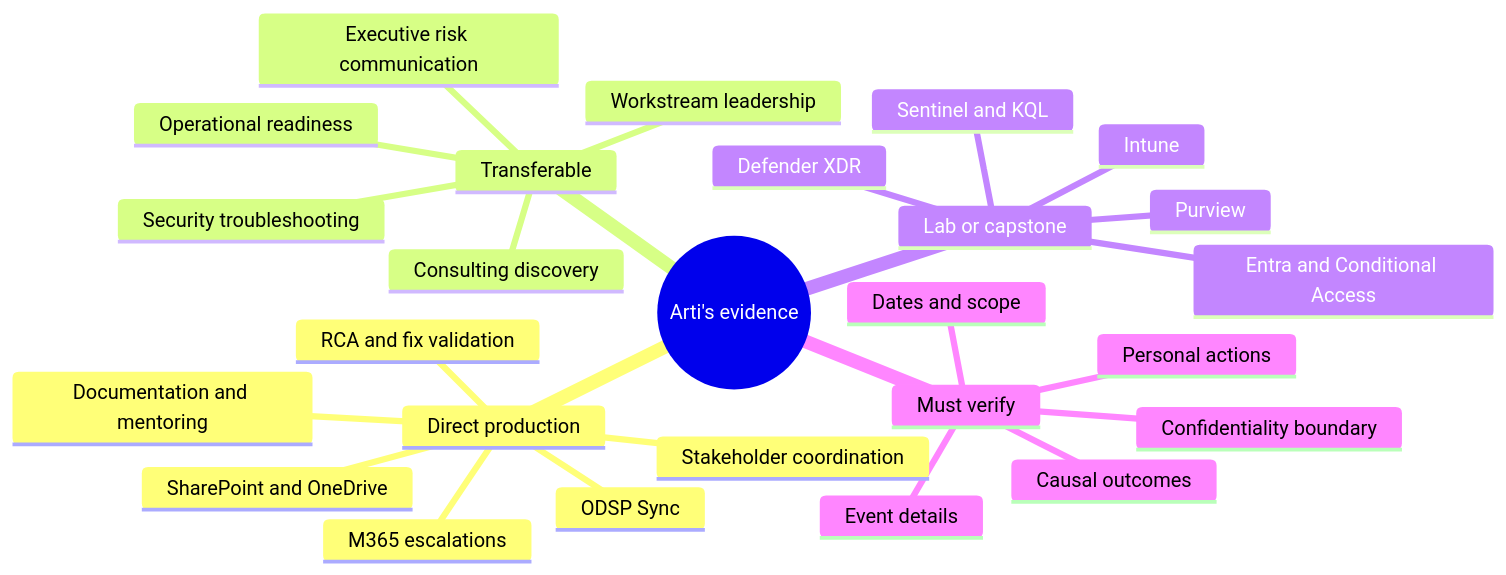
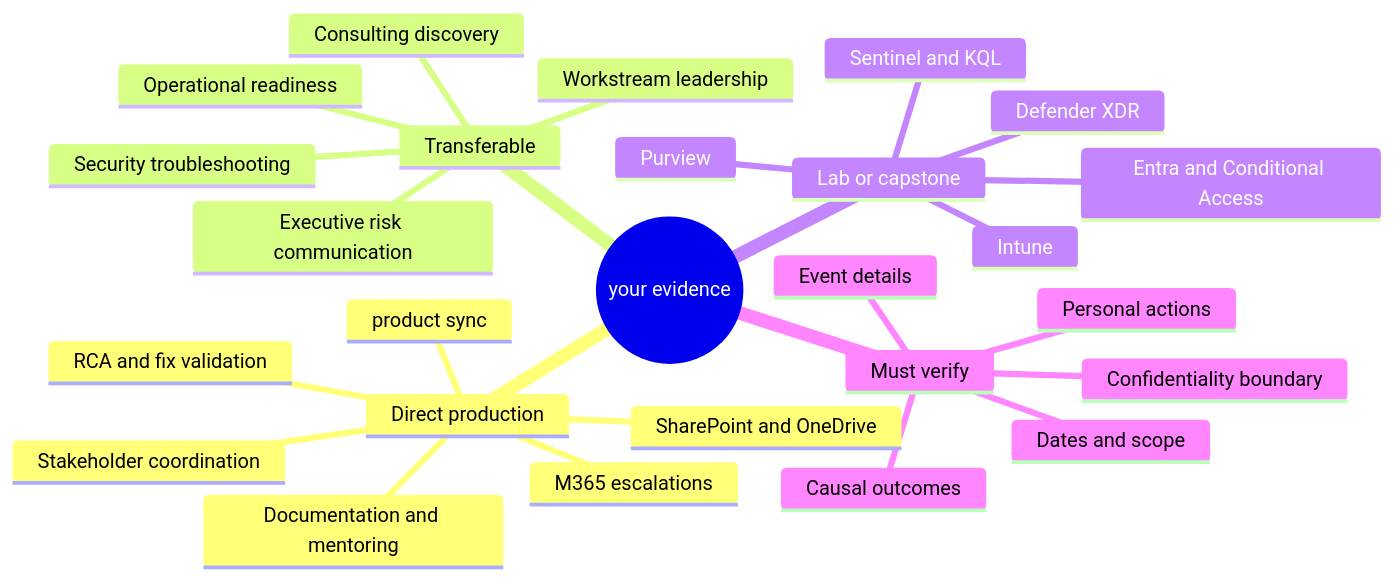
One commit to hichauhan-in/Interview-Prep changed the fifth of 15 diagrams in Deloitte M365 Security Consultant/prep/Part-74-behavioral-consulting-closing.md. Above: the diagram before and after it, drawn with Mermaid. The commit also changed other lines of this file and 493 other files, not shown here.

````diff
--- a/Deloitte M365 Security Consultant/prep/Part-74-behavioral-consulting-closing.md
+++ b/Deloitte M365 Security Consultant/prep/Part-74-behavioral-consulting-closing.md
@@ -242,29 +242,29 @@
 ```mermaid
 mindmap
-  root((Arti's evidence))
+  root((your evidence))
     Direct production
       M365 escalations
       SharePoint and OneDrive
-      ODSP Sync
+      product sync
       RCA and fix validation
       Stakeholder coordination
       Documentation and mentoring
     Transferable
       Consulting discovery
       Workstream leadership
       Operational readiness
       Security troubleshooting
       Executive risk communication
     Lab or capstone
       Entra and Conditional Access
       Intune
       Purview
       Defender XDR
       Sentinel and KQL
     Must verify
       Event details
       Personal actions
       Dates and scope
       Causal outcomes
       Confidentiality boundary
 ```
````
